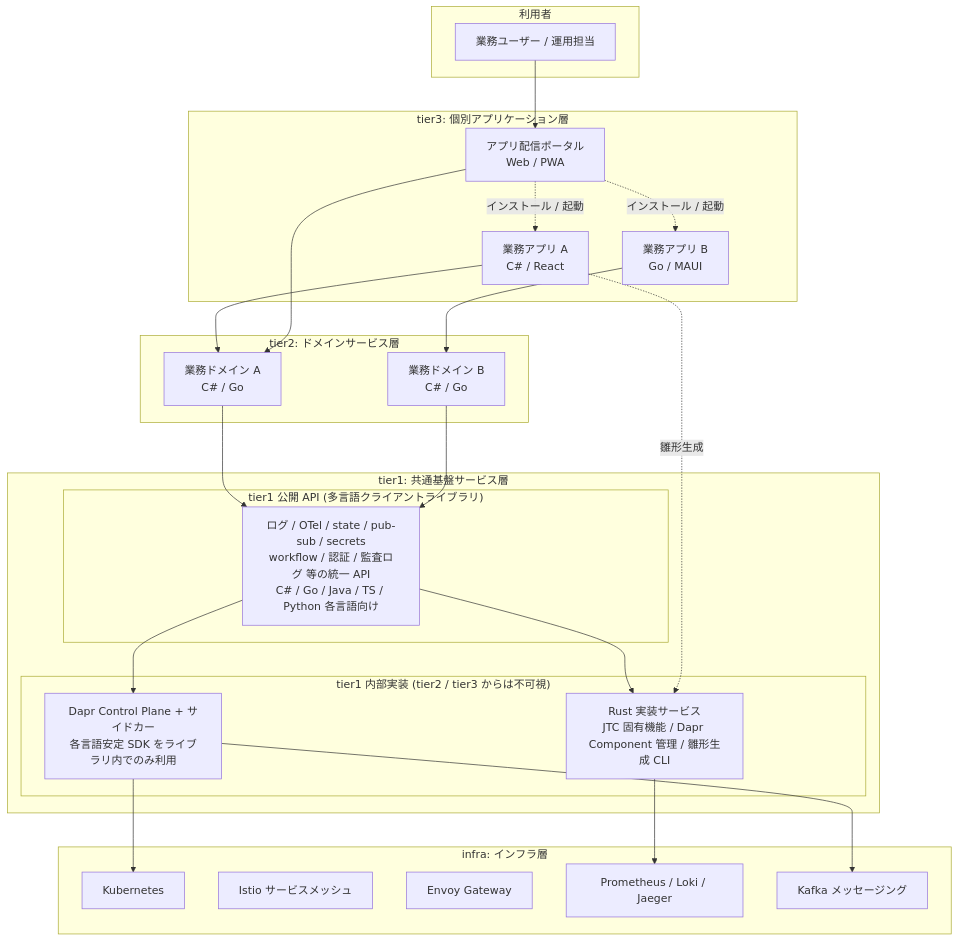
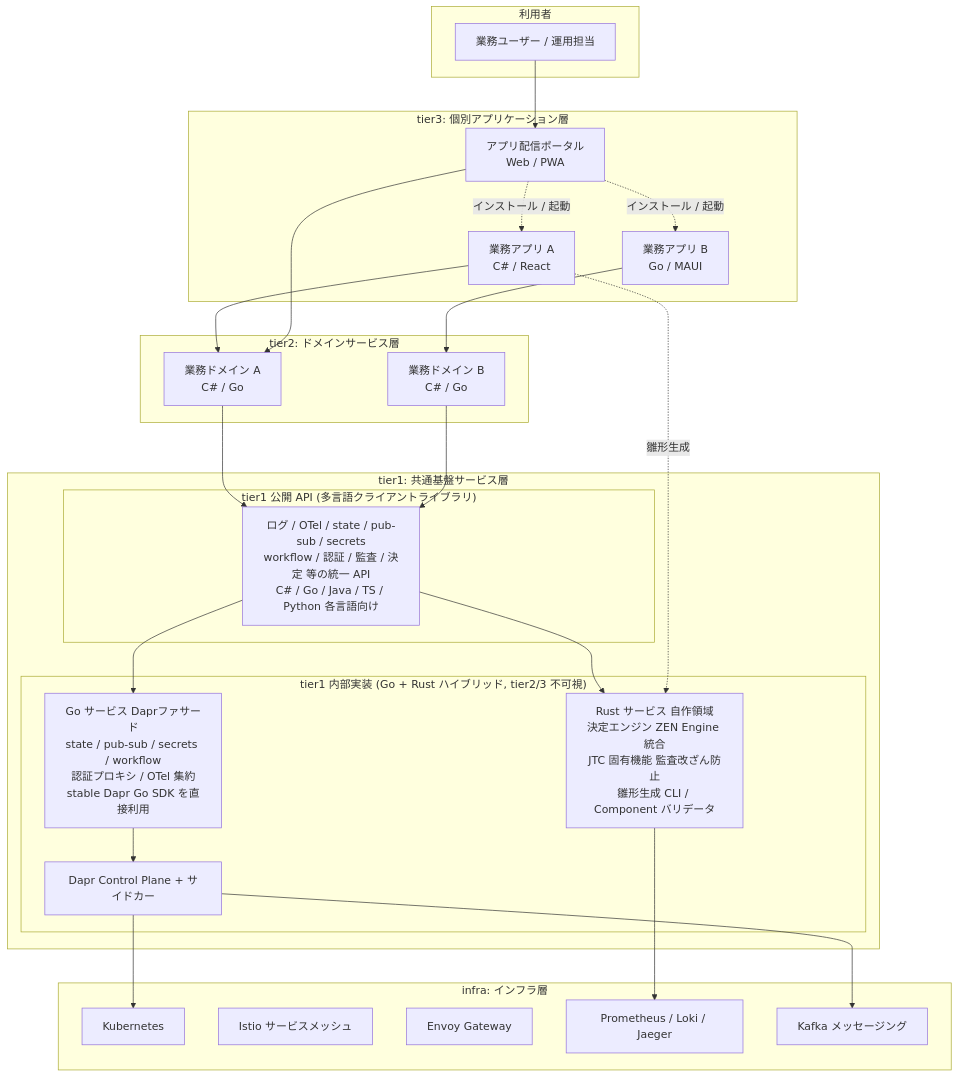
The first of 5 diagrams in docs/01_企画/事前資料/概念アーキテクチャ図.md (RyuheiKiso/k1s0), drawn with Mermaid before and after one commit. The commit also changed other lines of this file and 8 other files, not shown here.

````diff
--- a/docs/01_企画/事前資料/概念アーキテクチャ図.md
+++ b/docs/01_企画/事前資料/概念アーキテクチャ図.md
@@ -14,50 +14,52 @@
 ```mermaid
 graph TB
     subgraph User["利用者"]
         U[業務ユーザー / 運用担当]
     end
 
     subgraph Tier3["tier3: 個別アプリケーション層"]
         T3P[アプリ配信ポータル<br/>Web / PWA]
         T3A[業務アプリ A<br/>C# / React]
         T3B[業務アプリ B<br/>Go / MAUI]
     end
 
     subgraph Tier2["tier2: ドメインサービス層"]
         T2A[業務ドメイン A<br/>C# / Go]
         T2B[業務ドメイン B<br/>C# / Go]
     end
 
     subgraph Tier1["tier1: 共通基盤サービス層"]
         subgraph T1API["tier1 公開 API (多言語クライアントライブラリ)"]
-            CL[ログ / OTel / state / pub-sub / secrets<br/>workflow / 認証 / 監査ログ 等の統一 API<br/>C# / Go / Java / TS / Python 各言語向け]
+            CL[ログ / OTel / state / pub-sub / secrets<br/>workflow / 認証 / 監査 / 決定 等の統一 API<br/>C# / Go / Java / TS / Python 各言語向け]
         end
-        subgraph T1Impl["tier1 内部実装 (tier2 / tier3 からは不可視)"]
-            D[Dapr Control Plane + サイドカー<br/>各言語安定 SDK をライブラリ内でのみ利用]
-            R[Rust 実装サービス<br/>JTC 固有機能 / Dapr Component 管理 / 雛形生成 CLI]
+        subgraph T1Impl["tier1 内部実装 (Go + Rust ハイブリッド, tier2/3 不可視)"]
+            D[Dapr Control Plane + サイドカー]
+            G[Go サービス Daprファサード<br/>state / pub-sub / secrets / workflow<br/>認証プロキシ / OTel 集約<br/>stable Dapr Go SDK を直接利用]
+            R[Rust サービス 自作領域<br/>決定エンジン ZEN Engine 統合<br/>JTC 固有機能 監査改ざん防止<br/>雛形生成 CLI / Component バリデータ]
         end
-        CL --> D
+        CL --> G
         CL --> R
+        G --> D
     end
 
     subgraph Infra["infra: インフラ層"]
         I1[Kubernetes]
         I2[Istio サービスメッシュ]
         I3[Envoy Gateway]
         I4[Prometheus / Loki / Jaeger]
         I5[Kafka メッセージング]
     end
 
     U --> T3P
     T3P -. インストール / 起動 .-> T3A
     T3P -. インストール / 起動 .-> T3B
     T3A --> T2A
     T3B --> T2B
     T3P --> T2A
     T2A --> CL
     T2B --> CL
     T3A -. 雛形生成 .-> R
     D --> I5
     D --> I1
     R --> I4
 ```
````
